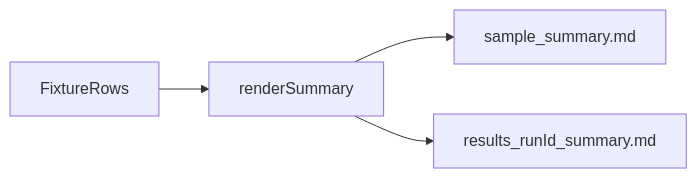
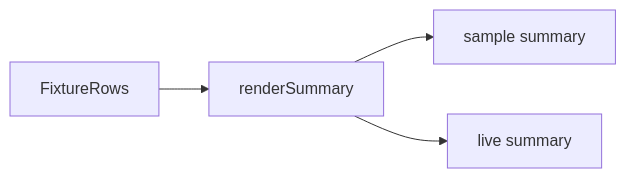
Before and after one commit to NPS-Dive/lumen-relay-quality-harness: the diagram in docs/examples/README.md, drawn with Mermaid. The commit also changed 12 other files, not shown here.

First line of the commit message:
fix: render architecture diagrams on GitHub

````diff
--- a/docs/examples/README.md
+++ b/docs/examples/README.md
@@ -15,6 +15,6 @@
 ```mermaid
-flowchart LR
+graph LR
   rows[FixtureRows] --> renderer[renderSummary]
-  renderer --> sample[sample_summary.md]
-  renderer --> live[results_runId_summary.md]
+  renderer --> sample["sample summary"]
+  renderer --> live["live summary"]
 ```
````
